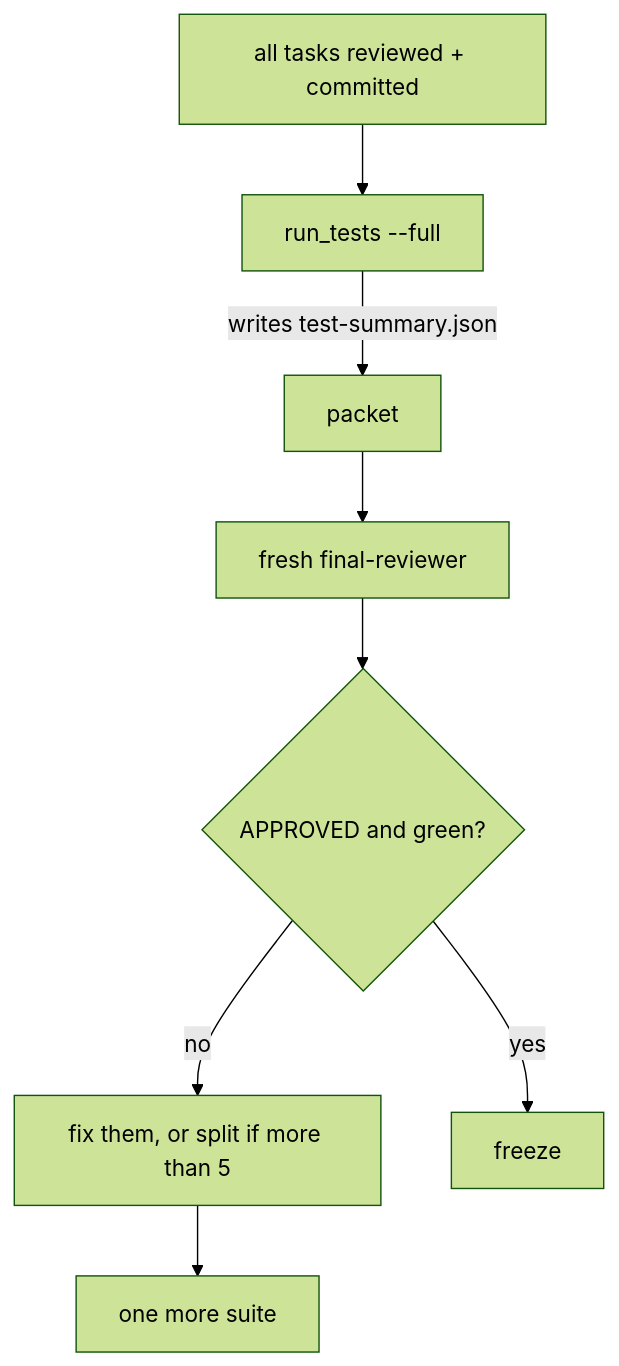
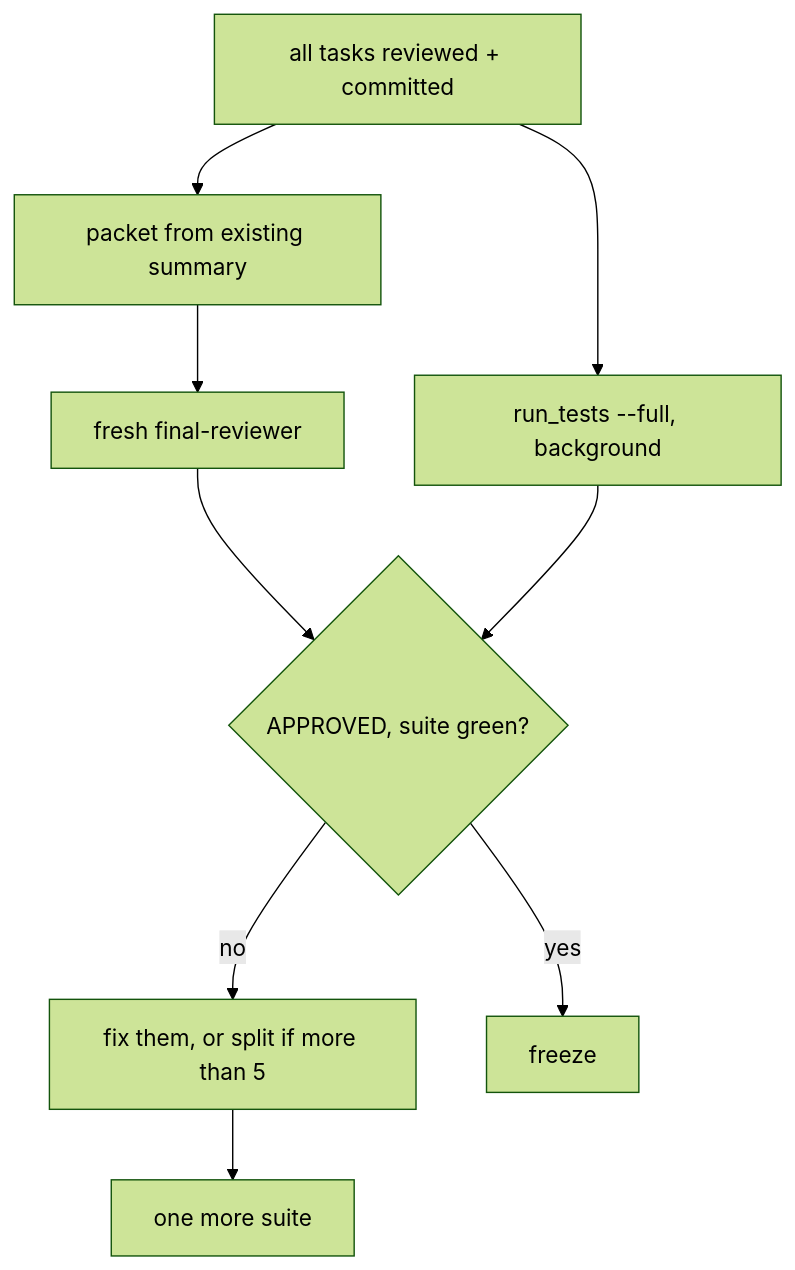
Before and after one commit to devcomfort/superlite: the fifth of 5 diagrams in skills/subagent-driven-development/SKILL.md, drawn with Mermaid (forest theme). The commit also changed other lines of this file and 8 other files, not shown here.

````diff
--- a/skills/subagent-driven-development/SKILL.md
+++ b/skills/subagent-driven-development/SKILL.md
@@ -90,9 +90,10 @@
 ```mermaid
 flowchart TB
-  G[all tasks reviewed + committed] --> ST[run_tests --full]
-  ST -- writes test-summary.json --> PK[packet]
+  G[all tasks reviewed + committed] --> PK[packet from existing summary]
+  G --> ST[run_tests --full, background]
   PK --> FR[fresh final-reviewer]
-  FR --> V{APPROVED and green?}
+  FR --> V{APPROVED, suite green?}
+  ST --> V
   V -- no --> FX[fix them, or split if more than 5] --> ST2[one more suite]
   V -- yes --> Z[freeze]
 ```
````
